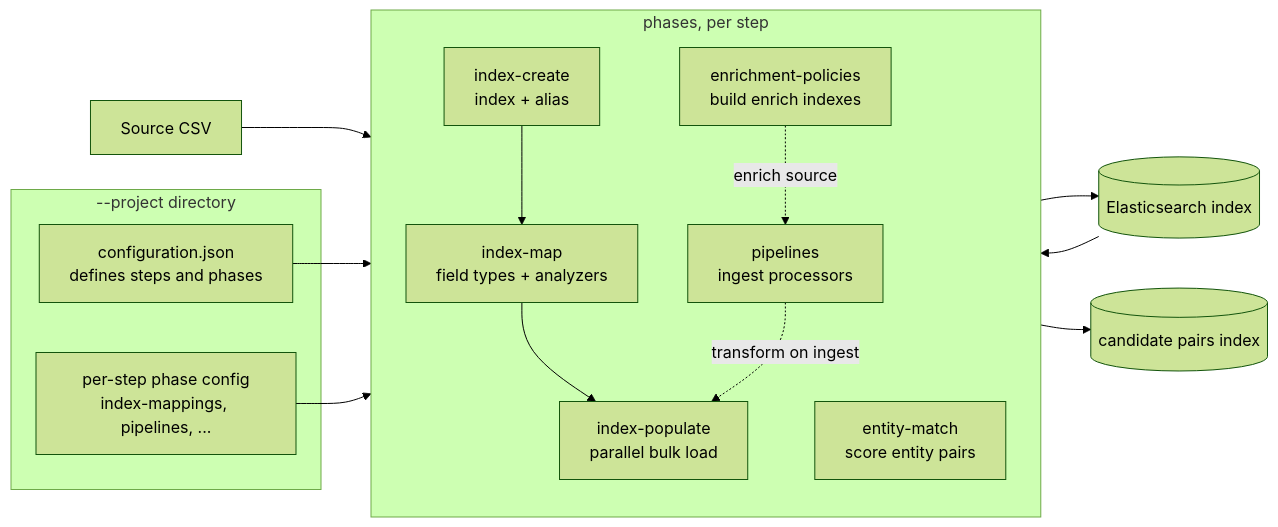
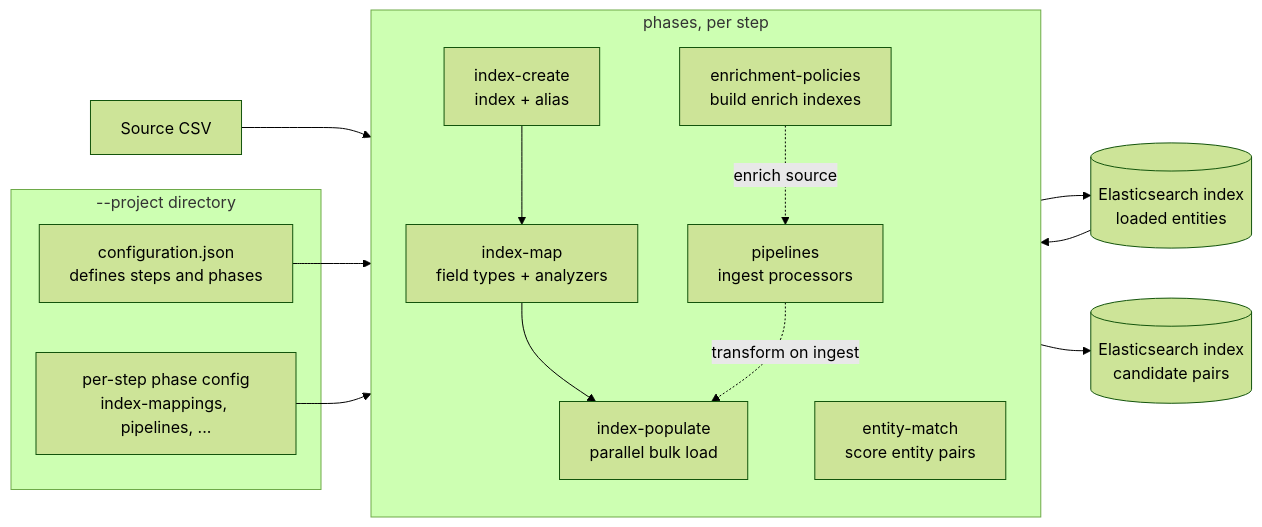
The first of 4 diagrams in README.md (freemansoft/entitopia), drawn with Mermaid (forest theme) before and after one commit. The commit also changed other lines of this file and 2 other files, not shown here.

First line of the commit message:
Label output as an Elasticsearch index; flag record counts as point-in-time

````diff
--- a/README.md
+++ b/README.md
@@ -26,28 +41,28 @@
 ```mermaid
 flowchart LR
     CSV[Source CSV] --> Populate
 
     subgraph project["--project directory"]
         Config[configuration.json<br/>defines steps and phases]
         PhaseCfg[per-step phase config<br/>index-mappings, pipelines, ...]
     end
 
     subgraph phases["phases, per step"]
         direction TB
         Create[index-create<br/>index + alias]
         Map[index-map<br/>field types + analyzers]
         Policies[enrichment-policies<br/>build enrich indexes]
         Pipelines[pipelines<br/>ingest processors]
         Populate[index-populate<br/>parallel bulk load]
         Match[entity-match<br/>score entity pairs]
     end
 
     Config --> phases
     PhaseCfg --> phases
 
     Create --> Map --> Populate
     Policies -.->|enrich source| Pipelines
     Pipelines -.->|transform on ingest| Populate
-    Populate --> Index[(Elasticsearch index)]
-    Index --> Match --> Output[(candidate pairs index)]
+    Populate --> Index[(Elasticsearch index<br/>loaded entities)]
+    Index --> Match --> Output[(Elasticsearch index<br/>candidate pairs)]
 ```
````
